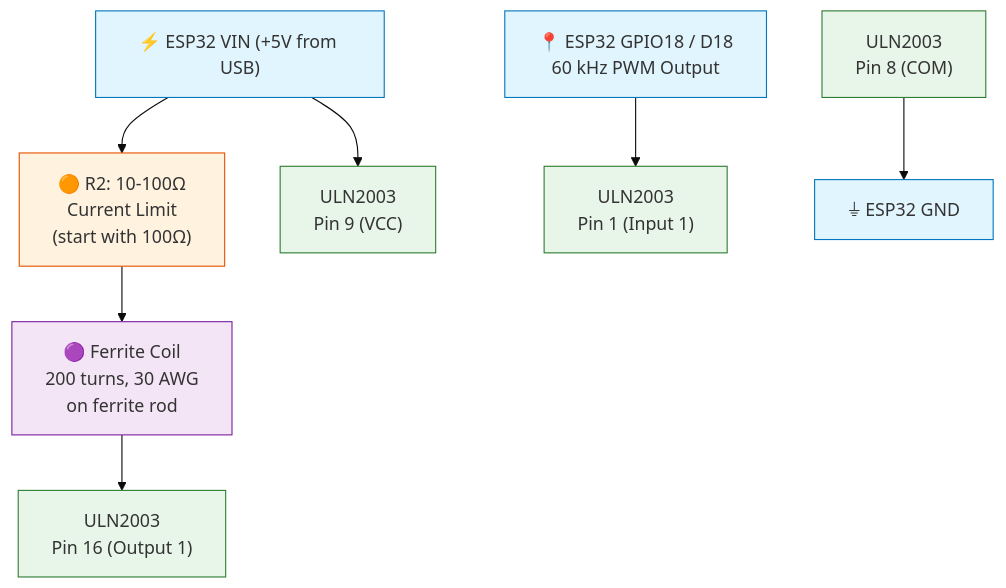
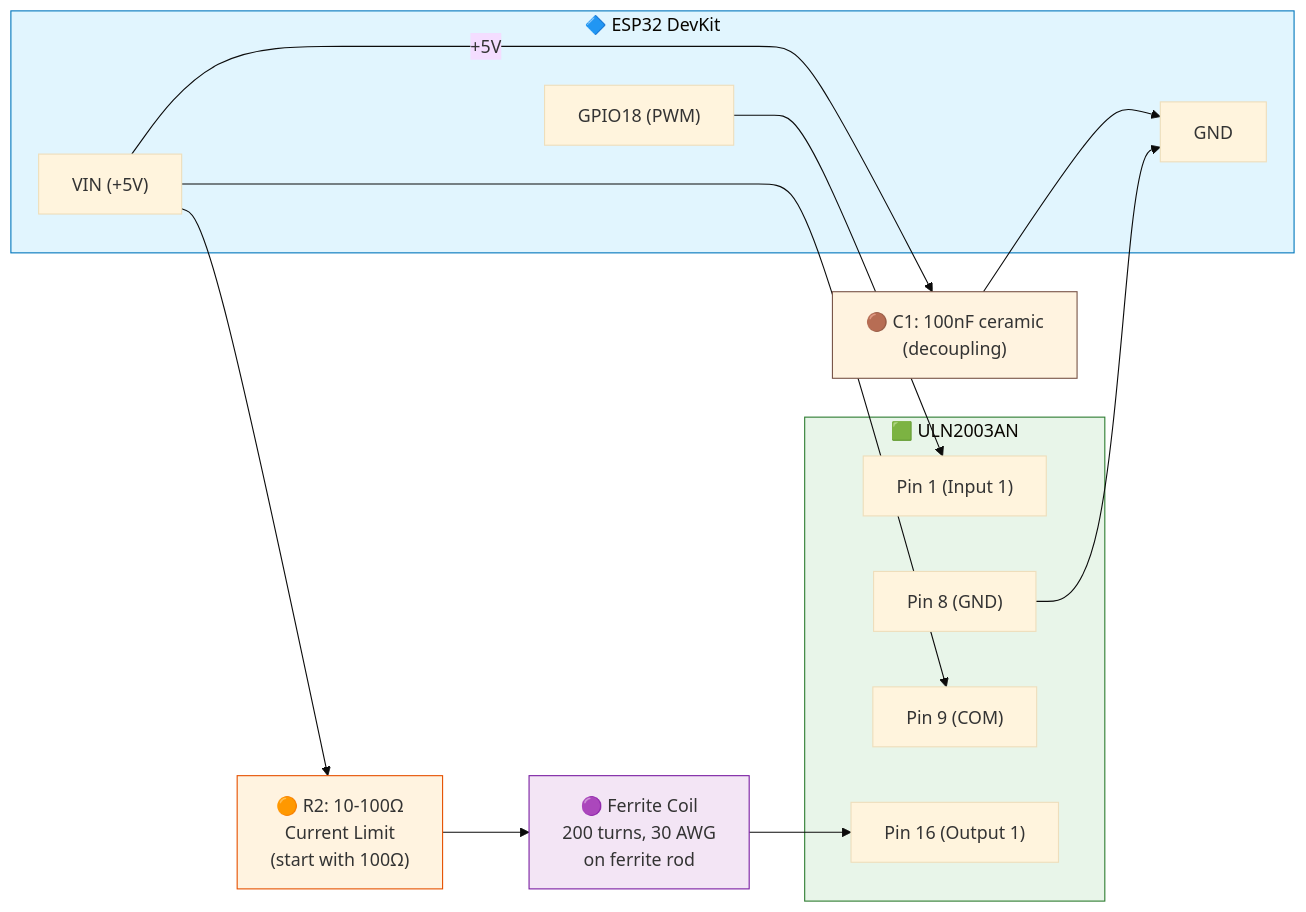
Before and after one commit to jayessdeesea/tesseract: the first of 3 diagrams in specs/hardware_specs.md, drawn with Mermaid (base theme). The commit also changed other lines of this file and 20 other files, not shown here.

````diff
--- a/specs/hardware_specs.md
+++ b/specs/hardware_specs.md
@@ -100,21 +102,30 @@
 ```mermaid
-graph TD
-    VIN["⚡ ESP32 VIN (+5V from USB)"] --> R2["🟠 R2: 10-100Ω<br/>Current Limit<br/>(start with 100Ω)"]
-    VIN --> VCC["ULN2003<br/>Pin 9 (VCC)"]
+graph LR
+    subgraph ESP32["🔷 ESP32 DevKit"]
+        VIN["VIN (+5V)"]
+        GPIO18["GPIO18 (PWM)"]
+        GND["GND"]
+    end
+
+    subgraph ULN["🟩 ULN2003AN"]
+        IN1["Pin 1 (Input 1)"]
+        ULNGND["Pin 8 (GND)"]
+        ULNCOM["Pin 9 (COM)"]
+        OUT1["Pin 16 (Output 1)"]
+    end
+
+    VIN -->|"+5V"| C1["🟤 C1: 100nF ceramic<br/>(decoupling)"]
+    C1 --> GND
+    VIN --> R2["🟠 R2: 10-100Ω<br/>Current Limit<br/>(start with 100Ω)"]
+    VIN --> ULNCOM
     R2 --> COIL["🟣 Ferrite Coil<br/>200 turns, 30 AWG<br/>on ferrite rod"]
-    COIL --> OUT1["ULN2003<br/>Pin 16 (Output 1)"]
-    
-    GPIO["📍 ESP32 GPIO18 / D18<br/>60 kHz PWM Output"] --> IN1["ULN2003<br/>Pin 1 (Input 1)"]
-    
-    COM["ULN2003<br/>Pin 8 (COM)"] --> GND["⏚ ESP32 GND"]
+    COIL --> OUT1
+    GPIO18 --> IN1
+    ULNGND --> GND
 
-    style VIN fill:#e1f5fe,stroke:#0277bd
-    style GPIO fill:#e1f5fe,stroke:#0277bd
-    style GND fill:#e1f5fe,stroke:#0277bd
+    style ESP32 fill:#e1f5fe,stroke:#0277bd
+    style ULN fill:#e8f5e9,stroke:#2e7d32
     style R2 fill:#fff3e0,stroke:#e65100
     style COIL fill:#f3e5f5,stroke:#7b1fa2
-    style VCC fill:#e8f5e9,stroke:#2e7d32
-    style IN1 fill:#e8f5e9,stroke:#2e7d32
-    style OUT1 fill:#e8f5e9,stroke:#2e7d32
-    style COM fill:#e8f5e9,stroke:#2e7d32
+    style C1 fill:#fff3e0,stroke:#795548
 ```
````
